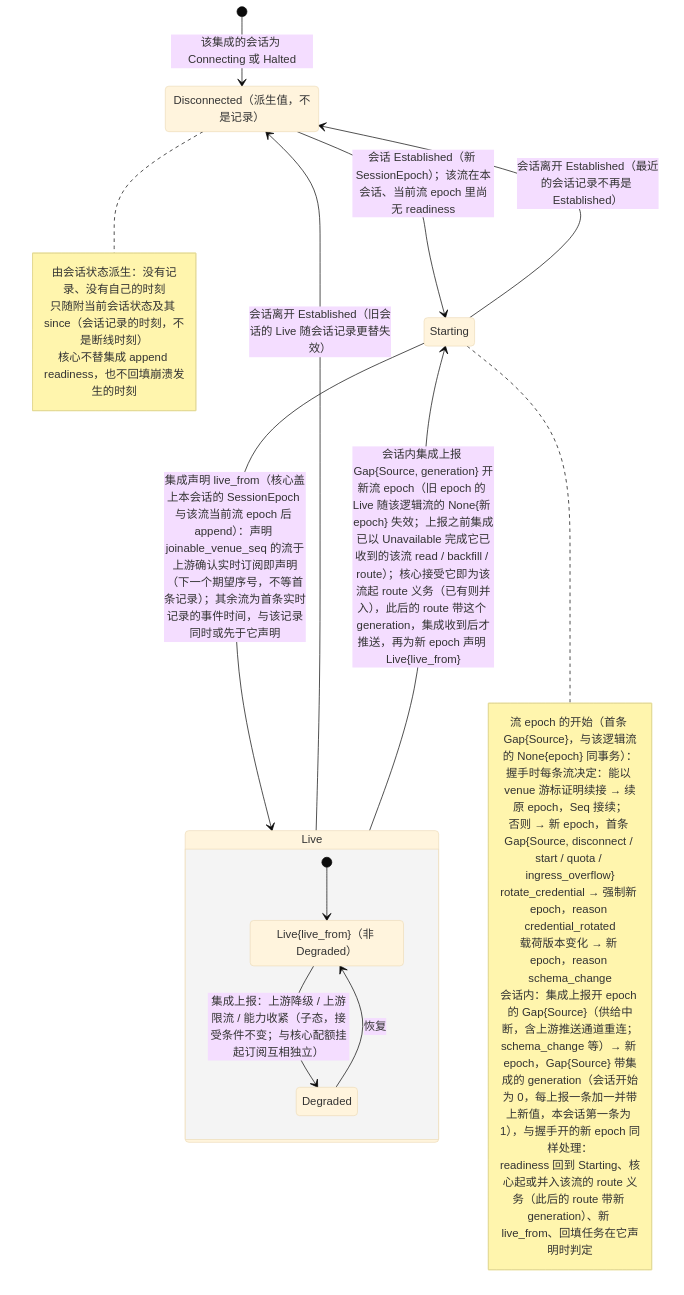
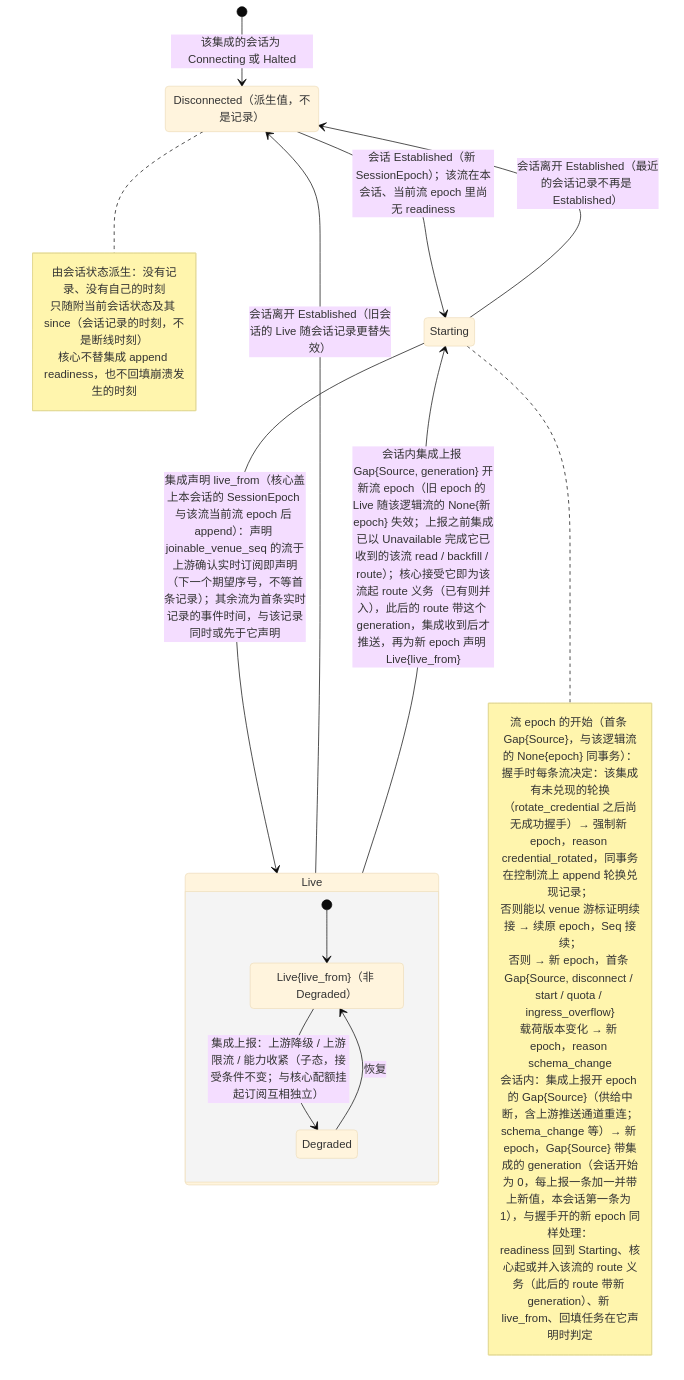
Before and after one commit to mouriya-s-lab/uta: the second of 6 diagrams in design/diagrams/03-observation-ingest.md, drawn with Mermaid (base theme). The commit also changed other lines of this file and 13 other files, not shown here.

Commit message:
design: rotation fulfilment record ends the credential_rotated obligation on the control stream; any restart/rotate committing during stop starts no run; run wording; Pending scoped to issuing instance; Expired folds to known not-handed-over; P3 scope

````diff
--- a/design/diagrams/03-observation-ingest.md
+++ b/design/diagrams/03-observation-ingest.md
@@ -51,30 +51,30 @@
 ```mermaid
 stateDiagram-v2
   state "Disconnected（派生值，不是记录）" as DC
   state "Live{live_from}（非 Degraded）" as LN
   [*] --> DC : 该集成的会话为 Connecting 或 Halted
   DC --> Starting : 会话 Established（新 SessionEpoch）；该流在本会话、当前流 epoch 里尚无 readiness
   Starting --> Live : 集成声明 live_from（核心盖上本会话的 SessionEpoch 与该流当前流 epoch 后 append）：声明 joinable_venue_seq 的流于上游确认实时订阅即声明（下一个期望序号，不等首条记录）；其余流为首条实时记录的事件时间，与该记录同时或先于它声明
   state Live {
     [*] --> LN
     LN --> Degraded : 集成上报：上游降级 / 上游限流 / 能力收紧（子态，接受条件不变；与核心配额挂起订阅互相独立）
     Degraded --> LN : 恢复
   }
   Starting --> DC : 会话离开 Established（最近的会话记录不再是 Established）
   Live --> DC : 会话离开 Established（旧会话的 Live 随会话记录更替失效）
   Live --> Starting : 会话内集成上报 Gap{Source, generation} 开新流 epoch（旧 epoch 的 Live 随该逻辑流的 None{新 epoch} 失效；上报之前集成已以 Unavailable 完成它已收到的该流 read / backfill / route）；核心接受它即为该流起 route 义务（已有则并入），此后的 route 带这个 generation，集成收到后才推送，再为新 epoch 声明 Live{live_from}
   note right of DC
     由会话状态派生：没有记录、没有自己的时刻
     只随附当前会话状态及其 since（会话记录的时刻，不是断线时刻）
     核心不替集成 append readiness，也不回填崩溃发生的时刻
   end note
   note right of Starting
     流 epoch 的开始（首条 Gap{Source}，与该逻辑流的 None{epoch} 同事务）：
-    握手时每条流决定：能以 venue 游标证明续接 → 续原 epoch，Seq 接续；
+    握手时每条流决定：该集成有未兑现的轮换（rotate_credential 之后尚无成功握手）→ 强制新 epoch，reason credential_rotated，同事务在控制流上 append 轮换兑现记录；
+    否则能以 venue 游标证明续接 → 续原 epoch，Seq 接续；
     否则 → 新 epoch，首条 Gap{Source, disconnect / start / quota / ingress_overflow}
-    rotate_credential → 强制新 epoch，reason credential_rotated
     载荷版本变化 → 新 epoch，reason schema_change
     会话内：集成上报开 epoch 的 Gap{Source}（供给中断，含上游推送通道重连；schema_change 等）→ 新 epoch，Gap{Source} 带集成的 generation（会话开始为 0，每上报一条加一并带上新值，本会话第一条为 1），与握手开的新 epoch 同样处理：
     readiness 回到 Starting、核心起或并入该流的 route 义务（此后的 route 带新 generation）、新 live_from、回填任务在它声明时判定
   end note
 ```
````
